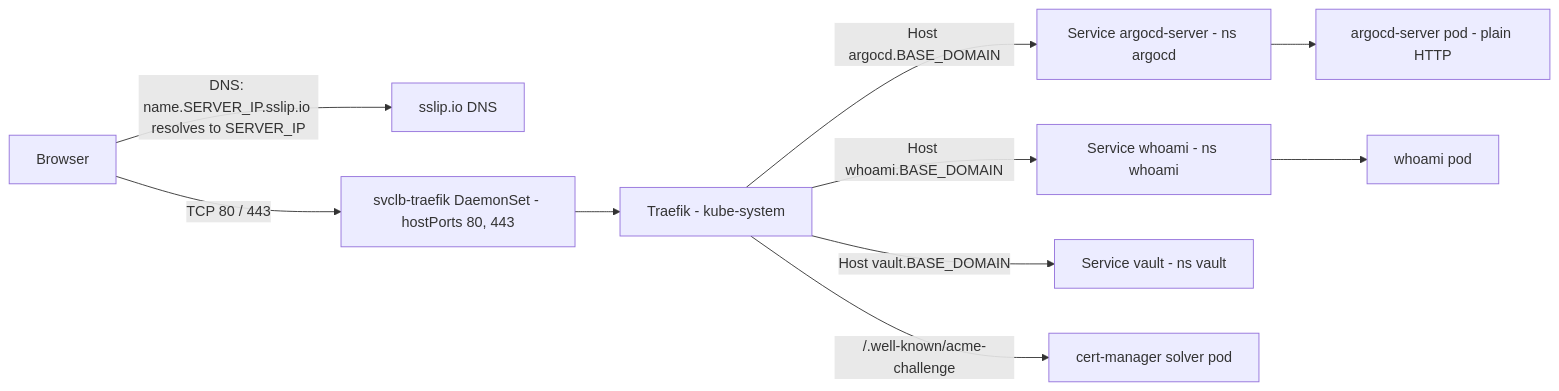
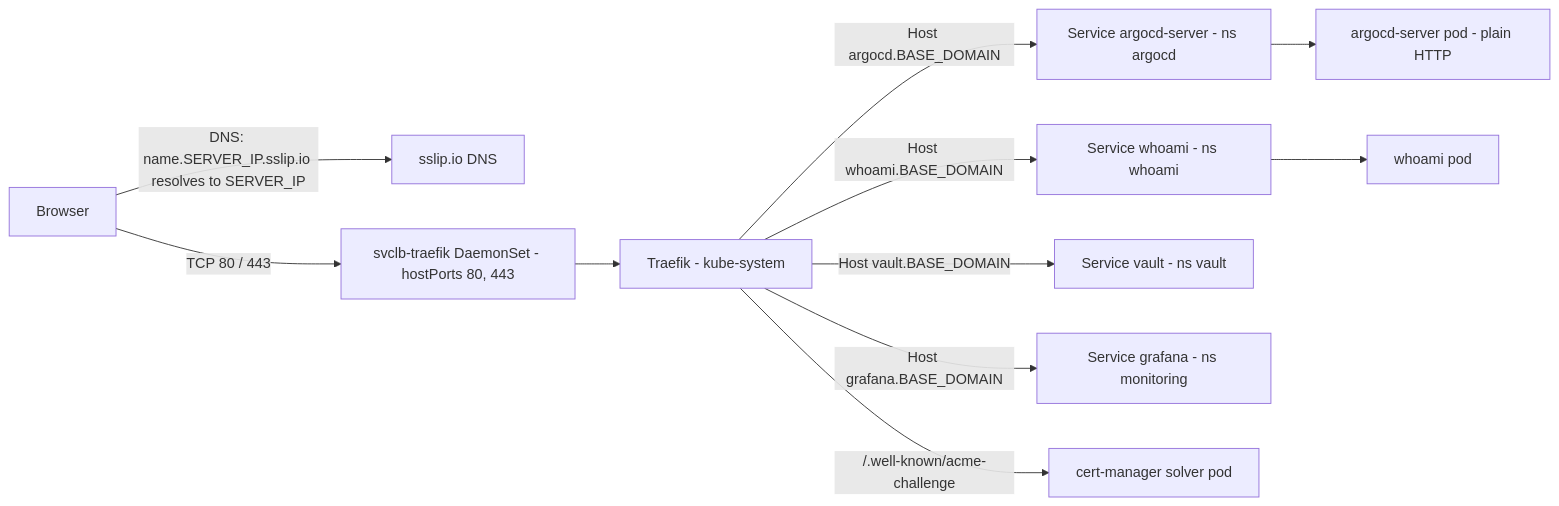
One commit to Elouel/homelab changed the second of 2 diagrams in docs/architecture.md. Above: the diagram before and after it, drawn with Mermaid. The commit also changed other lines of this file and 17 other files, not shown here.

````diff
--- a/docs/architecture.md
+++ b/docs/architecture.md
@@ -52,12 +52,13 @@
 ```mermaid
 flowchart LR
   U["Browser"] -->|"DNS: name.SERVER_IP.sslip.io resolves to SERVER_IP"| SSLIP["sslip.io DNS"]
   U -->|"TCP 80 / 443"| LB["svclb-traefik DaemonSet - hostPorts 80, 443"]
   LB --> T["Traefik - kube-system"]
   T -->|"Host argocd.BASE_DOMAIN"| A["Service argocd-server - ns argocd"]
   T -->|"Host whoami.BASE_DOMAIN"| W["Service whoami - ns whoami"]
   T -->|"Host vault.BASE_DOMAIN"| V["Service vault - ns vault"]
+  T -->|"Host grafana.BASE_DOMAIN"| G["Service grafana - ns monitoring"]
   T -->|"/.well-known/acme-challenge"| S["cert-manager solver pod"]
   A --> AP["argocd-server pod - plain HTTP"]
   W --> WP["whoami pod"]
 ```
````
